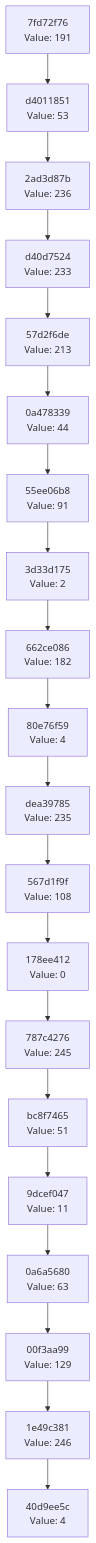
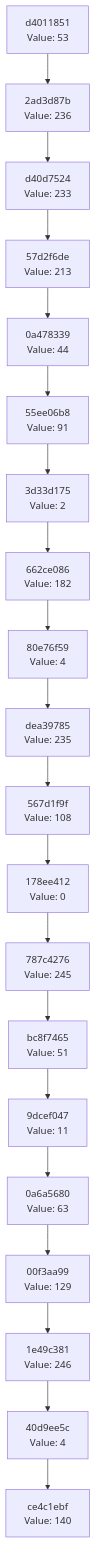
The diagram in docs/CHAIN_VISUALIZATION.md (Abhisheksinha1506/hash-chain-evolver), drawn with Mermaid before and after one commit. The commit also changed 3 other files, not shown here.

````diff
--- a/docs/CHAIN_VISUALIZATION.md
+++ b/docs/CHAIN_VISUALIZATION.md
@@ -3,42 +3,42 @@
 ```mermaid
 graph TD
-    C0["40d9ee5c<br/>Value: 4"]
-    C1["1e49c381<br/>Value: 246"]
+    C0["ce4c1ebf<br/>Value: 140"]
+    C1["40d9ee5c<br/>Value: 4"]
     C1 --> C0
-    C2["00f3aa99<br/>Value: 129"]
+    C2["1e49c381<br/>Value: 246"]
     C2 --> C1
-    C3["0a6a5680<br/>Value: 63"]
+    C3["00f3aa99<br/>Value: 129"]
     C3 --> C2
-    C4["9dcef047<br/>Value: 11"]
+    C4["0a6a5680<br/>Value: 63"]
     C4 --> C3
-    C5["bc8f7465<br/>Value: 51"]
+    C5["9dcef047<br/>Value: 11"]
     C5 --> C4
-    C6["787c4276<br/>Value: 245"]
+    C6["bc8f7465<br/>Value: 51"]
     C6 --> C5
-    C7["178ee412<br/>Value: 0"]
+    C7["787c4276<br/>Value: 245"]
     C7 --> C6
-    C8["567d1f9f<br/>Value: 108"]
+    C8["178ee412<br/>Value: 0"]
     C8 --> C7
-    C9["dea39785<br/>Value: 235"]
+    C9["567d1f9f<br/>Value: 108"]
     C9 --> C8
-    C10["80e76f59<br/>Value: 4"]
+    C10["dea39785<br/>Value: 235"]
     C10 --> C9
-    C11["662ce086<br/>Value: 182"]
+    C11["80e76f59<br/>Value: 4"]
     C11 --> C10
-    C12["3d33d175<br/>Value: 2"]
+    C12["662ce086<br/>Value: 182"]
     C12 --> C11
-    C13["55ee06b8<br/>Value: 91"]
+    C13["3d33d175<br/>Value: 2"]
     C13 --> C12
-    C14["0a478339<br/>Value: 44"]
+    C14["55ee06b8<br/>Value: 91"]
     C14 --> C13
-    C15["57d2f6de<br/>Value: 213"]
+    C15["0a478339<br/>Value: 44"]
     C15 --> C14
-    C16["d40d7524<br/>Value: 233"]
+    C16["57d2f6de<br/>Value: 213"]
     C16 --> C15
-    C17["2ad3d87b<br/>Value: 236"]
+    C17["d40d7524<br/>Value: 233"]
     C17 --> C16
-    C18["d4011851<br/>Value: 53"]
+    C18["2ad3d87b<br/>Value: 236"]
     C18 --> C17
-    C19["7fd72f76<br/>Value: 191"]
+    C19["d4011851<br/>Value: 53"]
     C19 --> C18
 ```
````
